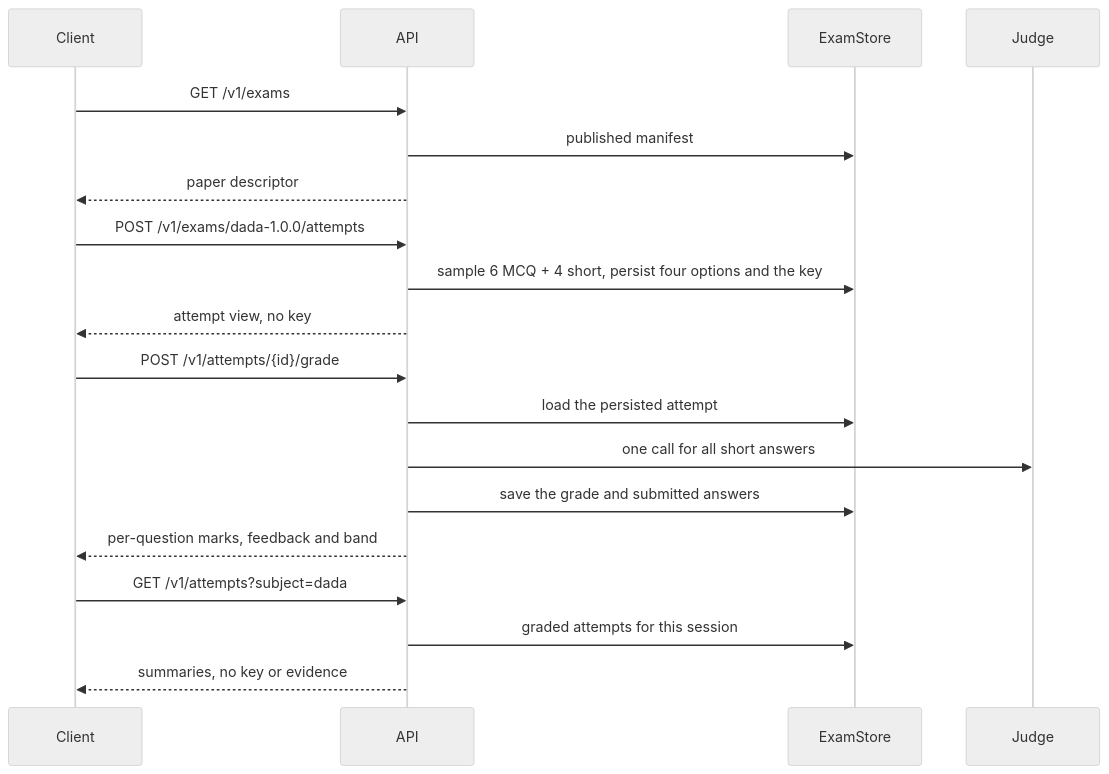
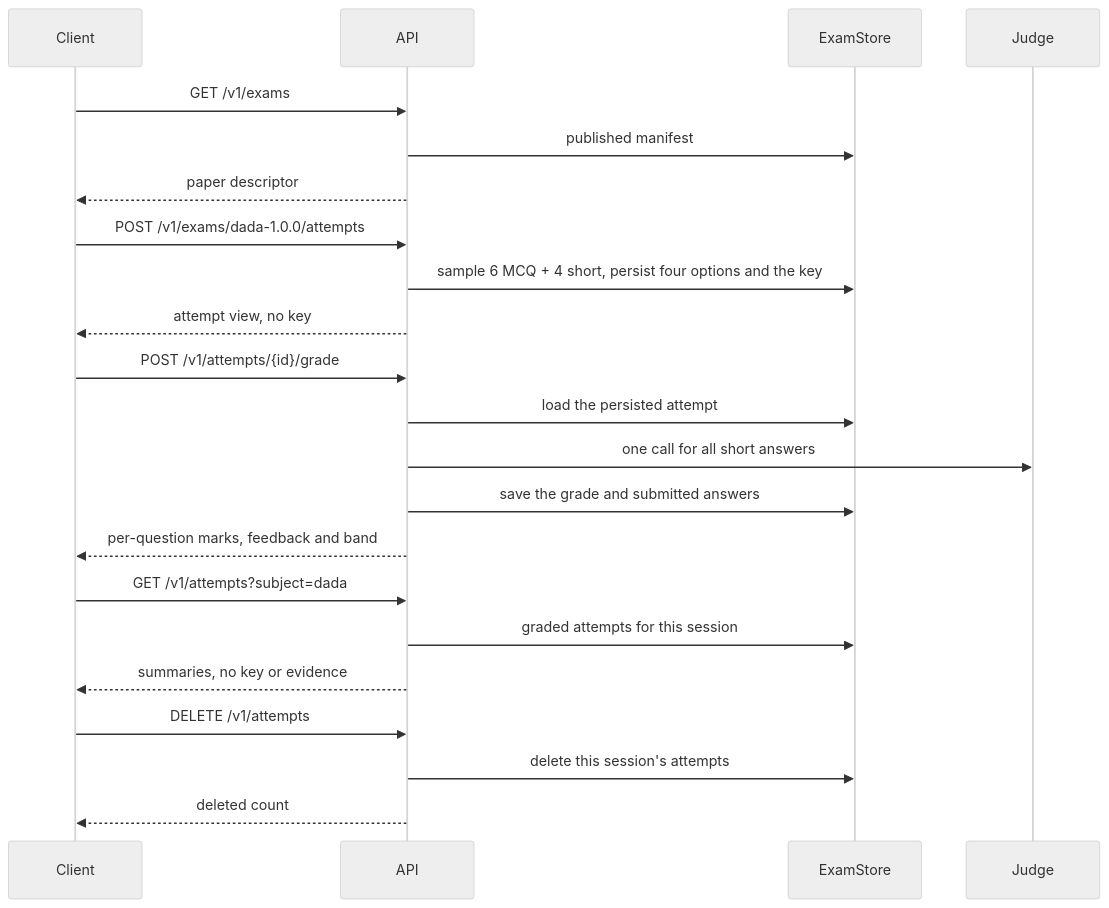
The seventh of 7 diagrams in docs/architecture.md (monitus2022/owl-online), drawn with Mermaid (neutral theme) before and after one commit. The commit also changed other lines of this file and 4 other files, not shown here.

````diff
--- a/docs/architecture.md
+++ b/docs/architecture.md
@@ -651,21 +651,24 @@
 ```mermaid
 sequenceDiagram
   participant C as Client
   participant A as API
   participant S as ExamStore
   participant J as Judge
   C->>A: GET /v1/exams
   A->>S: published manifest
   A-->>C: paper descriptor
   C->>A: POST /v1/exams/dada-1.0.0/attempts
   A->>S: sample 6 MCQ + 4 short, persist four options and the key
   A-->>C: attempt view, no key
   C->>A: POST /v1/attempts/{id}/grade
   A->>S: load the persisted attempt
   A->>J: one call for all short answers
   A->>S: save the grade and submitted answers
   A-->>C: per-question marks, feedback and band
   C->>A: GET /v1/attempts?subject=dada
   A->>S: graded attempts for this session
   A-->>C: summaries, no key or evidence
+  C->>A: DELETE /v1/attempts
+  A->>S: delete this session's attempts
+  A-->>C: deleted count
 ```
````
